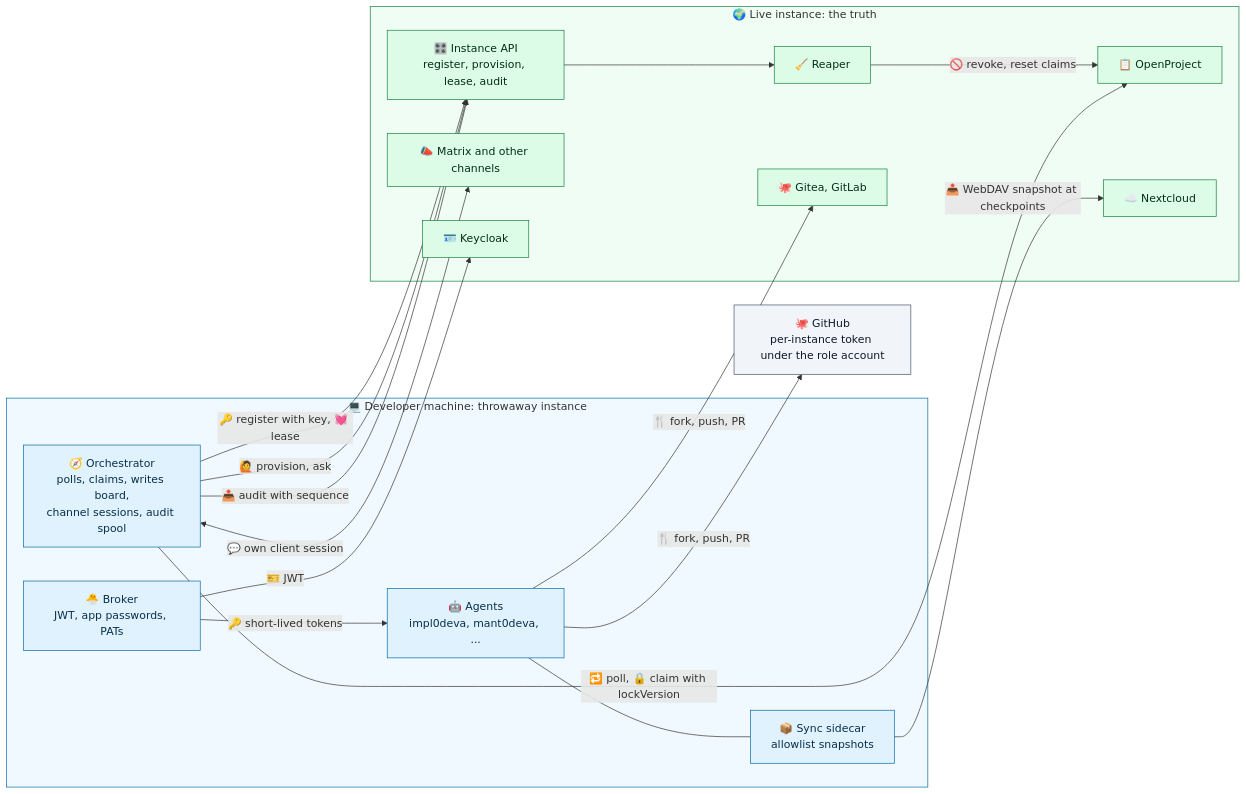
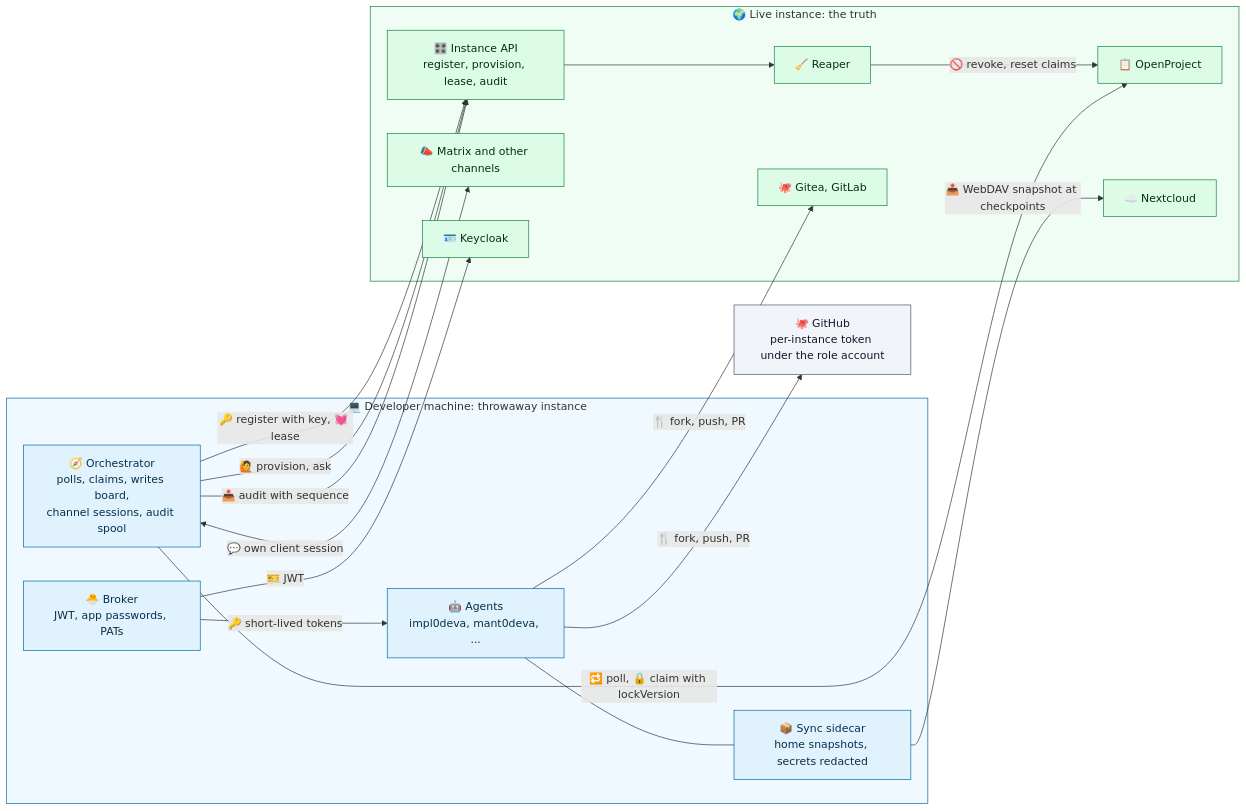
Before and after one commit to kevinveenbirkenbach/infinito-nexus-core: diagram 17 of 22 in docs/requirements/041-agents-restructuring.md, drawn with Mermaid. The commit also changed other lines of this file, not shown here.

First line of the commit message:
docs(requirements): add crons, role overrides, KeePass credentials and architecture to the agents specification

````diff
--- a/docs/requirements/041-agents-restructuring.md
+++ b/docs/requirements/041-agents-restructuring.md
@@ -1079,40 +1205,40 @@
 ```mermaid
 flowchart LR
   subgraph DEV["💻 Developer machine: throwaway instance"]
     OR["🧭 Orchestrator<br/>polls, claims, writes board,<br/>channel sessions, audit spool"]
     BR["🐣 Broker<br/>JWT, app passwords, PATs"]
     AG["🤖 Agents<br/>impl0deva, mant0deva, ..."]
-    SC["📦 Sync sidecar<br/>allowlist snapshots"]
+    SC["📦 Sync sidecar<br/>home snapshots, secrets redacted"]
   end
   subgraph LIVE["🌍 Live instance: the truth"]
     API["🎛️ Instance API<br/>register, provision, lease, audit"]
     RP["🧹 Reaper"]
     OP["📋 OpenProject"]
     NC["☁️ Nextcloud"]
     MX["📣 Matrix and other channels"]
     FG["🐙 Gitea, GitLab"]
     KC["🪪 Keycloak"]
   end
   GH["🐙 GitHub<br/>per-instance token under the role account"]
   OR -->|"🔑 register with key, 💓 lease"| API
   OR -->|"🙋 provision, ask"| API
   OR -->|"📤 audit with sequence"| API
   API --> RP
   RP -->|"🚫 revoke, reset claims"| OP
   OR -->|"🔁 poll, 🔒 claim with lockVersion"| OP
   OR <-->|"💬 own client session"| MX
   BR -->|"🎫 JWT"| KC
   BR -->|"🔑 short-lived tokens"| AG
   AG -->|"🍴 fork, push, PR"| FG
   AG -->|"🍴 fork, push, PR"| GH
   SC -->|"📤 WebDAV snapshot at checkpoints"| NC
   AG --- SC
   classDef dev fill:#e0f2fe,stroke:#0369a1,color:#082f49
   classDef live fill:#dcfce7,stroke:#15803d,color:#052e16
   classDef ext fill:#f1f5f9,stroke:#475569,color:#0f172a
   class OR,BR,AG,SC dev
   class API,RP,OP,NC,MX,FG,KC live
   class GH ext
   style DEV fill:#f0f9ff,stroke:#0369a1
   style LIVE fill:#f0fdf4,stroke:#15803d
 ```
````
